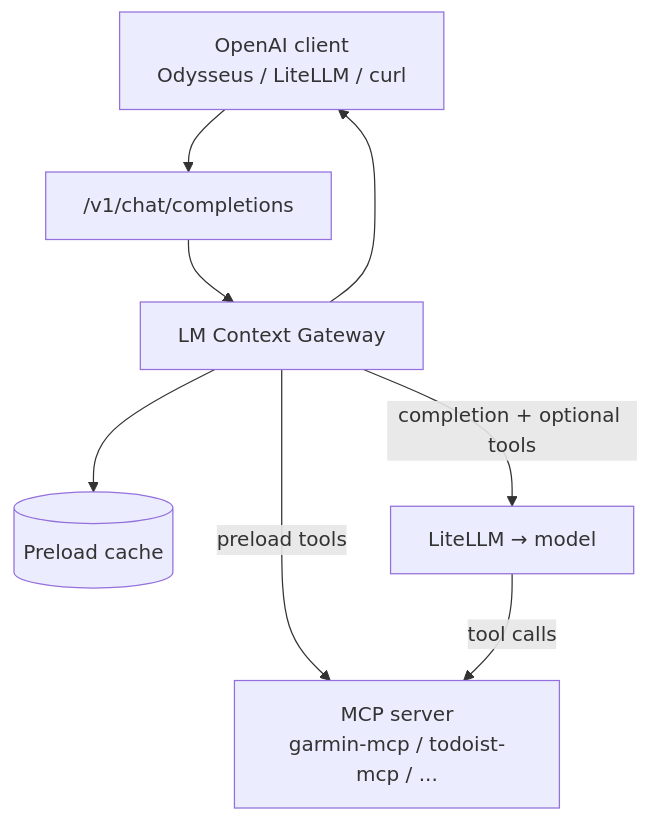
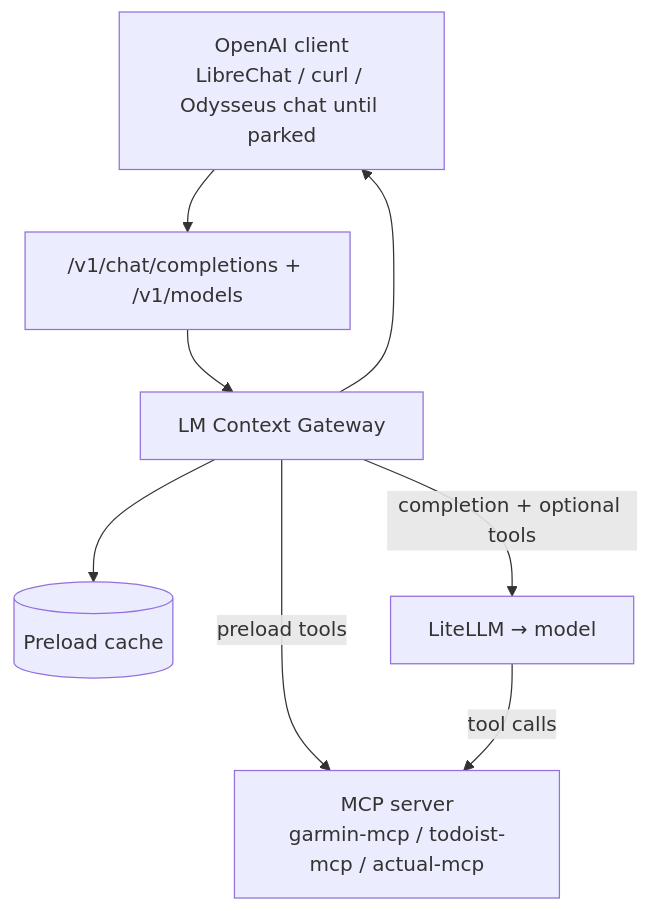
One commit to MichielSaey/ai-home-lab changed the diagram in docs/LM_CONTEXT_GATEWAY.md. Above: the diagram before and after it, drawn with Mermaid. The commit also changed other lines of this file and 1 other file, not shown here.

First line of the commit message:
Update LM Context Gateway design from Odysseus review; disable auto-deploy.

````diff
--- a/docs/LM_CONTEXT_GATEWAY.md
+++ b/docs/LM_CONTEXT_GATEWAY.md
@@ -74,16 +135,16 @@
 ```mermaid
 flowchart TB
-    Client[OpenAI client\nOdysseus / LiteLLM / curl]
-    API["/v1/chat/completions"]
+    Client[OpenAI client\nLibreChat / curl / Odysseus chat until parked]
+    API["/v1/chat/completions + /v1/models"]
     GW[LM Context Gateway]
     Cache[(Preload cache)]
-    MCP[MCP server\ngarmin-mcp / todoist-mcp / ...]
+    MCP[MCP server\ngarmin-mcp / todoist-mcp / actual-mcp]
     LLM[LiteLLM → model]
 
     Client --> API --> GW
     GW --> Cache
     GW -->|preload tools| MCP
     GW -->|completion + optional tools| LLM
     LLM -->|tool calls| MCP
     GW --> Client
 ```
````
